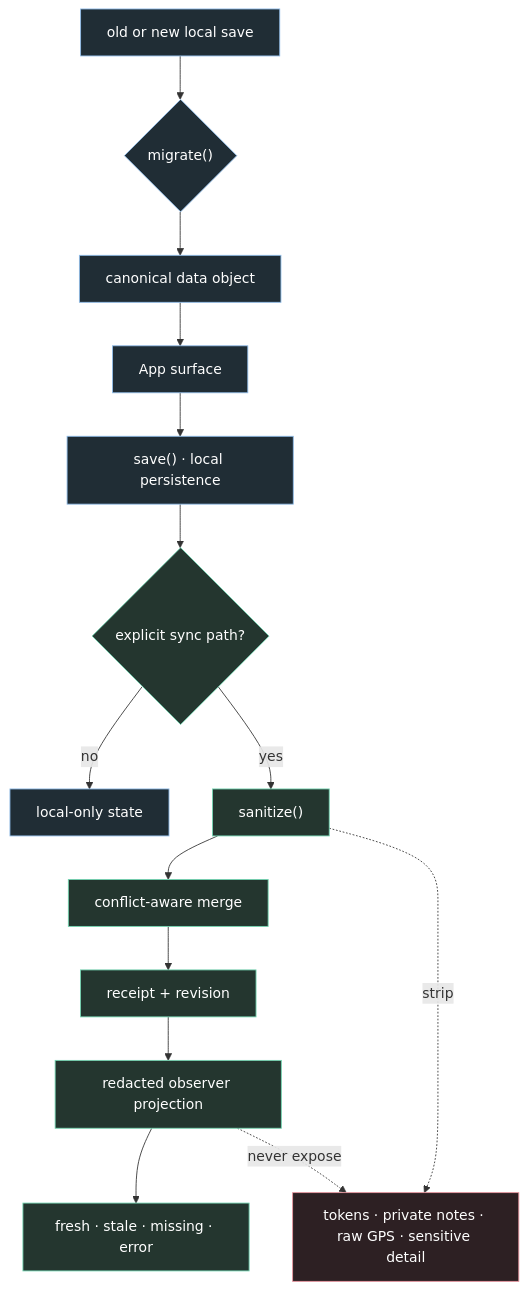
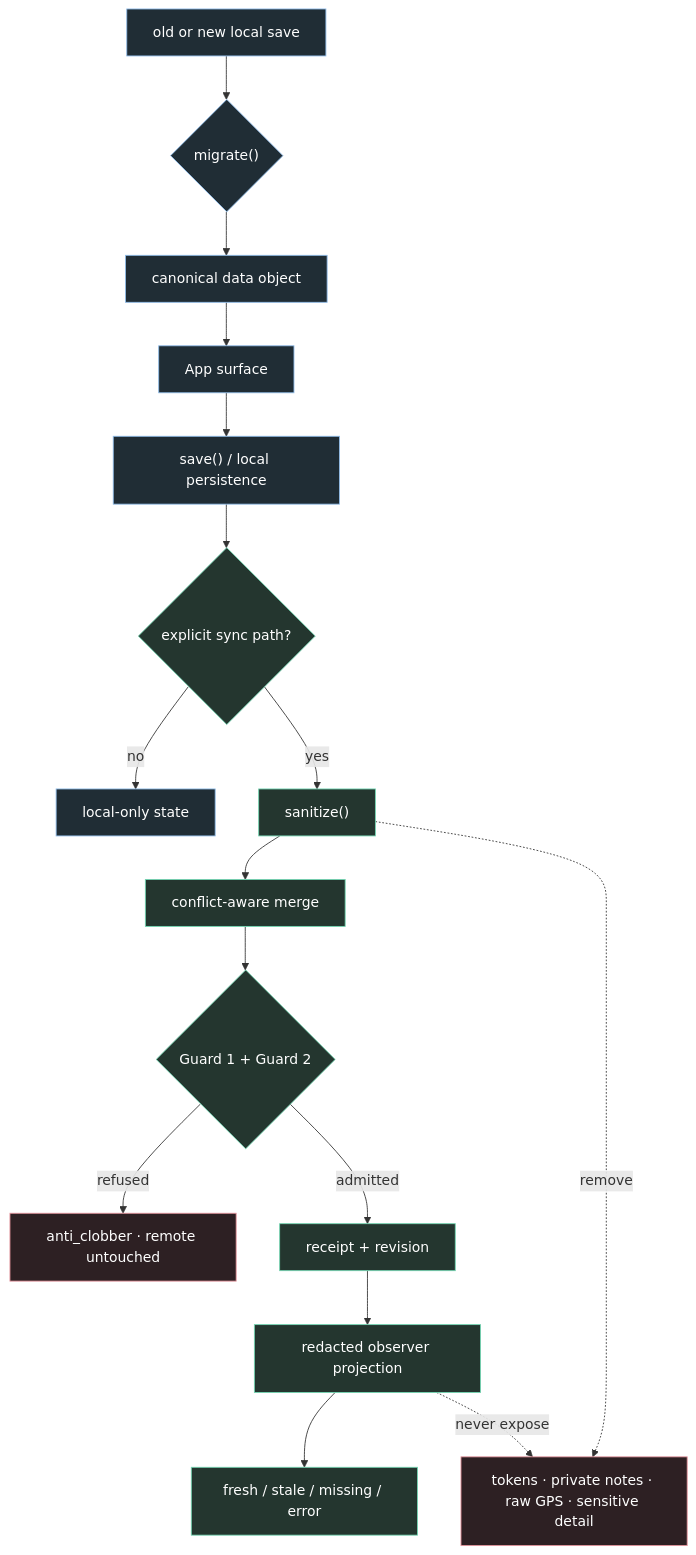
The fifth of 12 diagrams in README.md (mustafaras/s), drawn with Mermaid before and after one commit. The commit also changed other lines of this file, not shown here.

````diff
--- a/README.md
+++ b/README.md
@@ -264,24 +690,26 @@
 ```mermaid
 flowchart TD
     A["old or new local save"] --> B{"migrate()"}
     B --> C["canonical data object"]
     C --> D["App surface"]
-    D --> E["save() · local persistence"]
+    D --> E["save() / local persistence"]
     E --> F{"explicit sync path?"}
     F -- "no" --> L["local-only state"]
     F -- "yes" --> G["sanitize()"]
     G --> H["conflict-aware merge"]
-    H --> I["receipt + revision"]
+    H --> GU{"Guard 1 + Guard 2"}
+    GU -- "refused" --> AC["anti_clobber · remote untouched"]
+    GU -- "admitted" --> I["receipt + revision"]
     I --> J["redacted observer projection"]
-    J --> K["fresh · stale · missing · error"]
+    J --> K["fresh / stale / missing / error"]
 
-    G -. "strip" .-> X["tokens · private notes · raw GPS · sensitive detail"]
+    G -. "remove" .-> X["tokens · private notes · raw GPS · sensitive detail"]
     J -. "never expose" .-> X
 
     classDef state fill:#202d35,stroke:#8fbce9,color:#fff;
     classDef safe fill:#24362f,stroke:#73d6b2,color:#fff;
     classDef forbidden fill:#2d2023,stroke:#e8959e,color:#fff;
     class A,B,C,D,E,L state;
-    class F,G,H,I,J,K safe;
-    class X forbidden;
+    class F,G,H,GU,I,J,K safe;
+    class X,AC forbidden;
 ```
````
